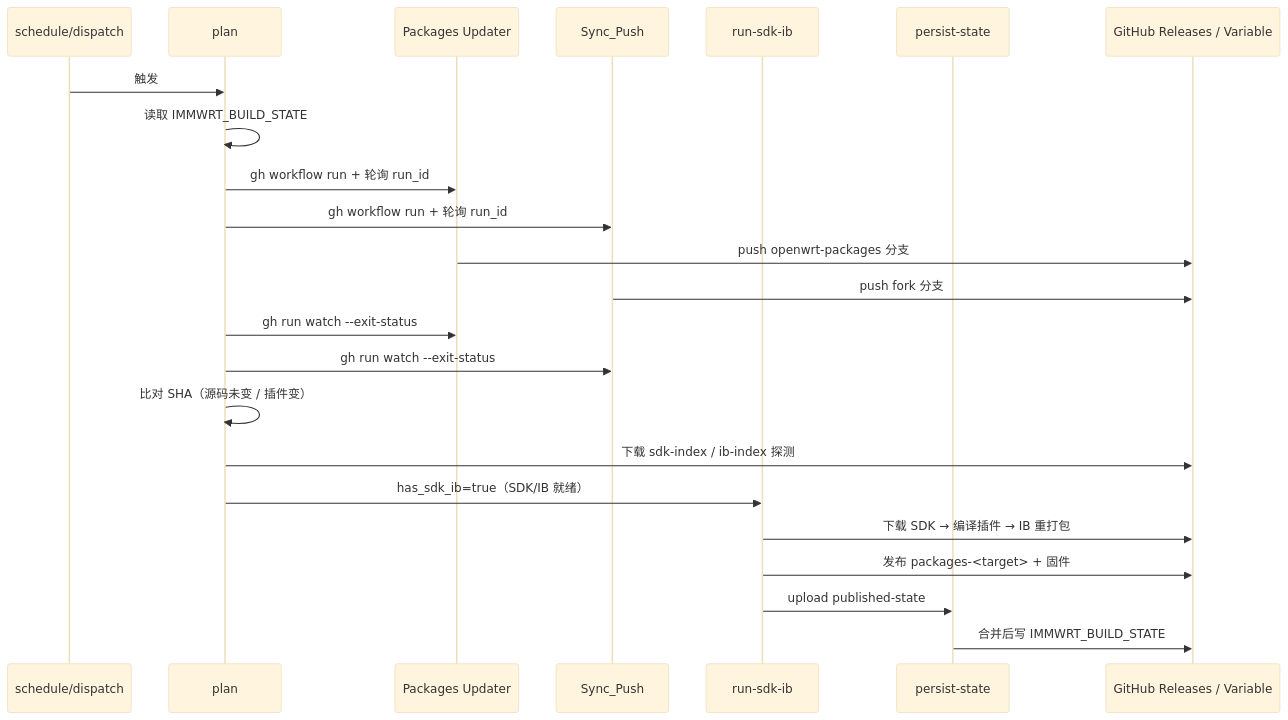
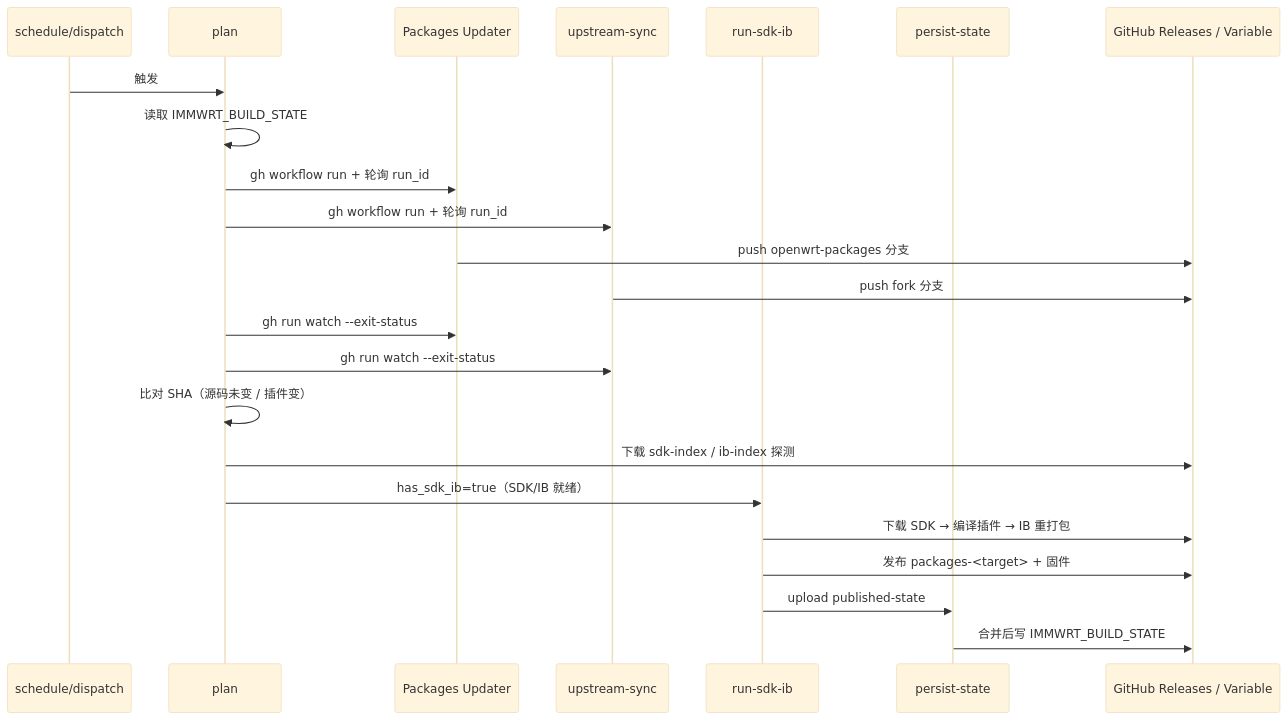
The ninth of 9 diagrams in docs/ci-flow.md (solarflows/AutoWorkFlows), drawn with Mermaid (base theme) before and after one commit. The commit also changed other lines of this file and 2 other files, not shown here.

````diff
--- a/docs/ci-flow.md
+++ b/docs/ci-flow.md
@@ -322,26 +322,26 @@
 ```mermaid
 sequenceDiagram
     participant SCH as schedule/dispatch
     participant PLAN as plan
     participant UPD as Packages Updater
-    participant SYNC as Sync_Push
+    participant SYNC as upstream-sync
     participant SIB as run-sdk-ib
     participant PS as persist-state
     participant GH as GitHub Releases / Variable
 
     SCH->>PLAN: 触发
     PLAN->>PLAN: 读取 IMMWRT_BUILD_STATE
     PLAN->>UPD: gh workflow run + 轮询 run_id
     PLAN->>SYNC: gh workflow run + 轮询 run_id
     UPD->>GH: push openwrt-packages 分支
     SYNC->>GH: push fork 分支
     PLAN->>UPD: gh run watch --exit-status
     PLAN->>SYNC: gh run watch --exit-status
     PLAN->>PLAN: 比对 SHA（源码未变 / 插件变）
     PLAN->>GH: 下载 sdk-index / ib-index 探测
     PLAN->>SIB: has_sdk_ib=true（SDK/IB 就绪）
     SIB->>GH: 下载 SDK → 编译插件 → IB 重打包
     SIB->>GH: 发布 packages-<target> + 固件
     SIB->>PS: upload published-state
     PS->>GH: 合并后写 IMMWRT_BUILD_STATE
 ```
````
